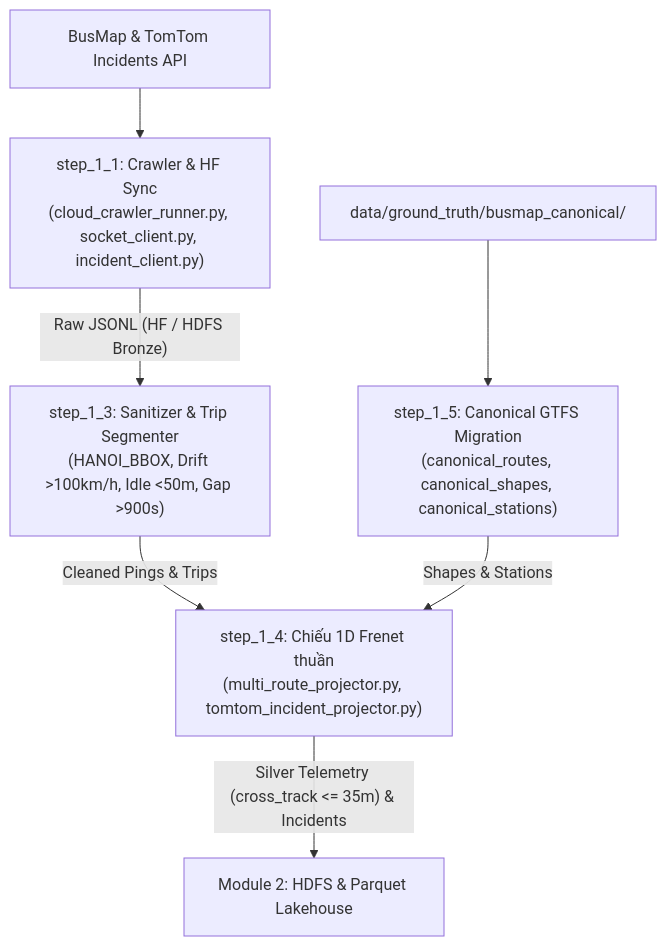
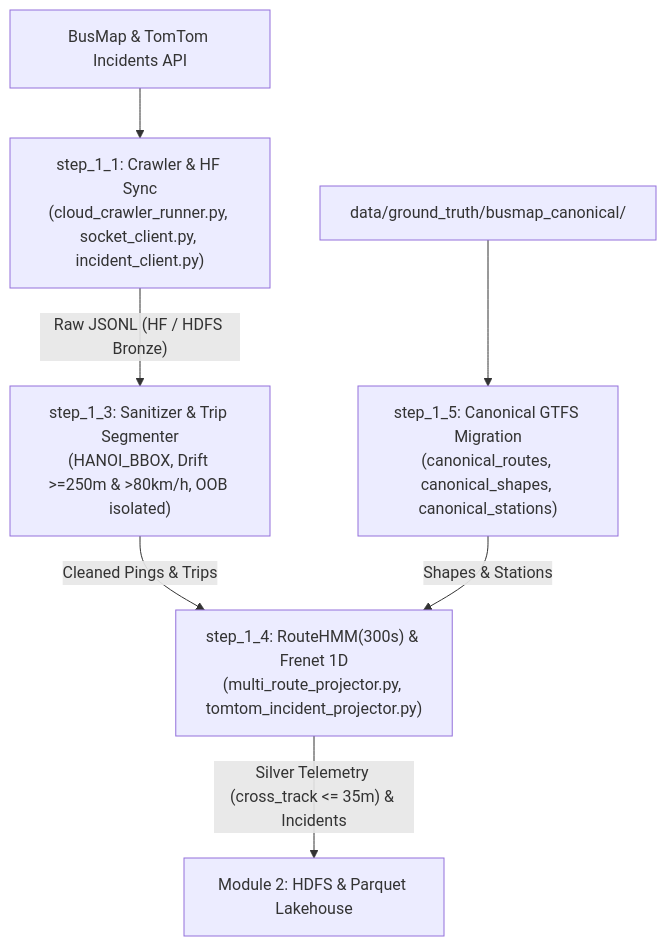
One commit to toibinguz/Bus_tracking changed the diagram in module_1_data_ingestion_and_preprocessing/README.md. Above: the diagram before and after it, drawn with Mermaid. The commit also changed 6 other files, not shown here.

Commit message:
docs: sync SSOT thresholds (80 km/h, 250m, 15m, 300s) and Batch RouteHMM(300s) after merge

````diff
--- a/module_1_data_ingestion_and_preprocessing/README.md
+++ b/module_1_data_ingestion_and_preprocessing/README.md
@@ -9,9 +9,9 @@
 ```mermaid
 flowchart TD
     BM["BusMap & TomTom Incidents API"] --> S11["step_1_1: Crawler & HF Sync\n(cloud_crawler_runner.py, socket_client.py, incident_client.py)"]
-    S11 -->|"Raw JSONL (HF / HDFS Bronze)"| S13["step_1_3: Sanitizer & Trip Segmenter\n(HANOI_BBOX, Drift >100km/h, Idle <50m, Gap >900s)"]
+    S11 -->|"Raw JSONL (HF / HDFS Bronze)"| S13["step_1_3: Sanitizer & Trip Segmenter\n(HANOI_BBOX, Drift >=250m & >80km/h, OOB isolated)"]
     GTFS["data/ground_truth/busmap_canonical/"] --> S15["step_1_5: Canonical GTFS Migration\n(canonical_routes, canonical_shapes, canonical_stations)"]
-    S13 -->|"Cleaned Pings & Trips"| S14["step_1_4: Chiếu 1D Frenet thuần\n(multi_route_projector.py, tomtom_incident_projector.py)"]
+    S13 -->|"Cleaned Pings & Trips"| S14["step_1_4: RouteHMM(300s) & Frenet 1D\n(multi_route_projector.py, tomtom_incident_projector.py)"]
     S15 -->|"Shapes & Stations"| S14
     S14 -->|"Silver Telemetry (cross_track <= 35m) & Incidents"| M2["Module 2: HDFS & Parquet Lakehouse"]
 ```
````
